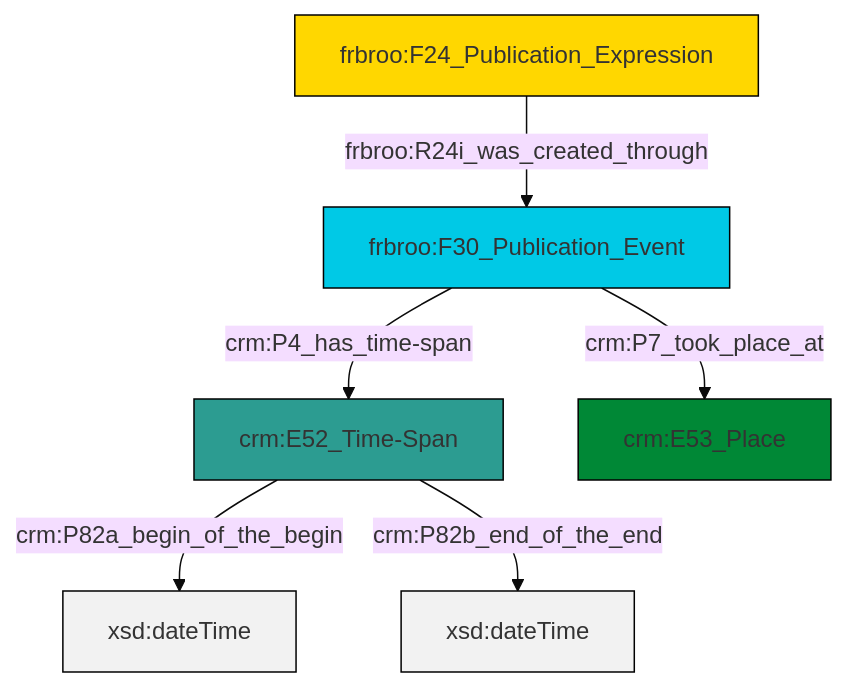
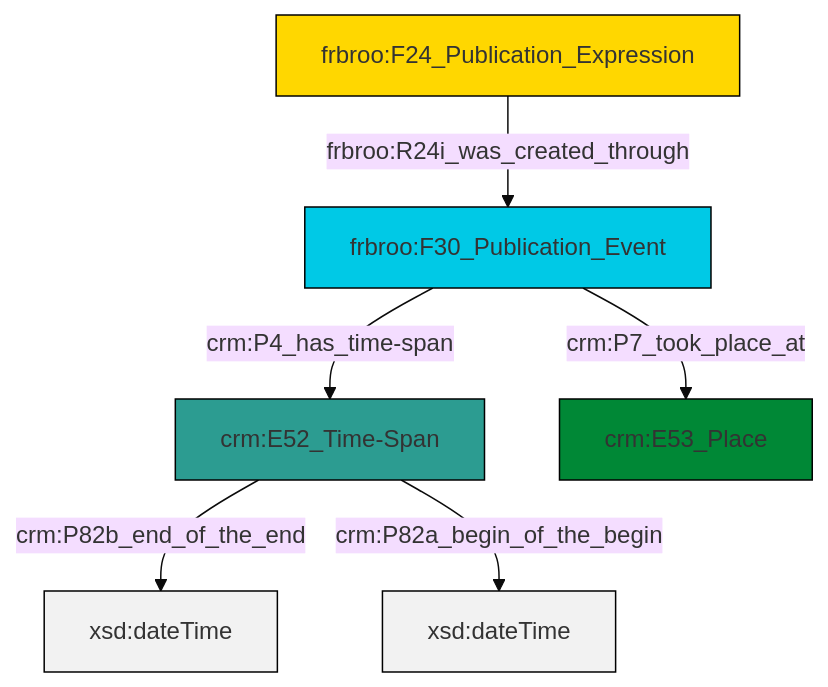
One commit to swiss-art-research-net/reference-data-models changed the diagram in et/biblioCSV/ttl/mmd/biblio_existence.ttl.mmd. Above: the diagram before and after it, drawn with Mermaid (base theme). The commit also changed 125 other files, not shown here.

```diff
--- a/et/biblioCSV/ttl/mmd/biblio_existence.ttl.mmd
+++ b/et/biblioCSV/ttl/mmd/biblio_existence.ttl.mmd
@@ -1,20 +1,20 @@
 graph TD
 classDef Literal fill:#f2f2f2,stroke:#000000;
 classDef CRM_Entity fill:#FFFFFF,stroke:#000000;
 classDef Temporal_Entity fill:#00C9E6, stroke:#000000;
 classDef Type fill:#E18312, stroke:#000000;
 classDef Time-Span fill:#2C9C91, stroke:#000000;
 classDef Appellation fill:#FFEB7F, stroke:#000000;
 classDef Place fill:#008836, stroke:#000000;
 classDef Persistent_Item fill:#B266B2, stroke:#000000;
 classDef Conceptual_Object fill:#FFD700, stroke:#000000;
 classDef Physical_Thing fill:#D2B48C, stroke:#000000;
 classDef Actor fill:#f58aad, stroke:#000000;
 classDef PC_Classes fill:#4ce600, stroke:#000000;
 classDef Multi fill:#cccccc,stroke:#000000;
 
-0["frbroo:F30_Publication_Event"]:::Temporal_Entity -->|crm:P4_has_time-span| 1["crm:E52_Time-Span"]:::Time-Span
-4["frbroo:F24_Publication_Expression"]:::Conceptual_Object -->|frbroo:R24i_was_created_through| 0["frbroo:F30_Publication_Event"]:::Temporal_Entity
-0["frbroo:F30_Publication_Event"]:::Temporal_Entity -->|crm:P7_took_place_at| 6["crm:E53_Place"]:::Place
-1["crm:E52_Time-Span"]:::Time-Span -->|crm:P82a_begin_of_the_begin| 8[xsd:dateTime]:::Literal
-1["crm:E52_Time-Span"]:::Time-Span -->|crm:P82b_end_of_the_end| 9[xsd:dateTime]:::Literal
+0["frbroo:F24_Publication_Expression"]:::Conceptual_Object -->|frbroo:R24i_was_created_through| 1["frbroo:F30_Publication_Event"]:::Temporal_Entity
+1["frbroo:F30_Publication_Event"]:::Temporal_Entity -->|crm:P4_has_time-span| 2["crm:E52_Time-Span"]:::Time-Span
+2["crm:E52_Time-Span"]:::Time-Span -->|crm:P82b_end_of_the_end| 5[xsd:dateTime]:::Literal
+1["frbroo:F30_Publication_Event"]:::Temporal_Entity -->|crm:P7_took_place_at| 3["crm:E53_Place"]:::Place
+2["crm:E52_Time-Span"]:::Time-Span -->|crm:P82a_begin_of_the_begin| 9[xsd:dateTime]:::Literal
```
